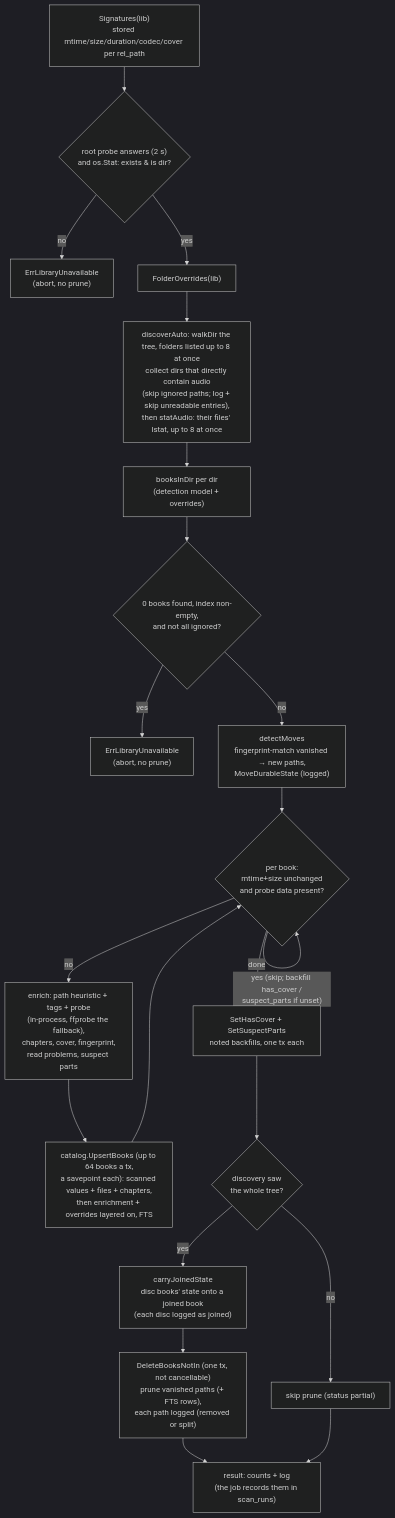
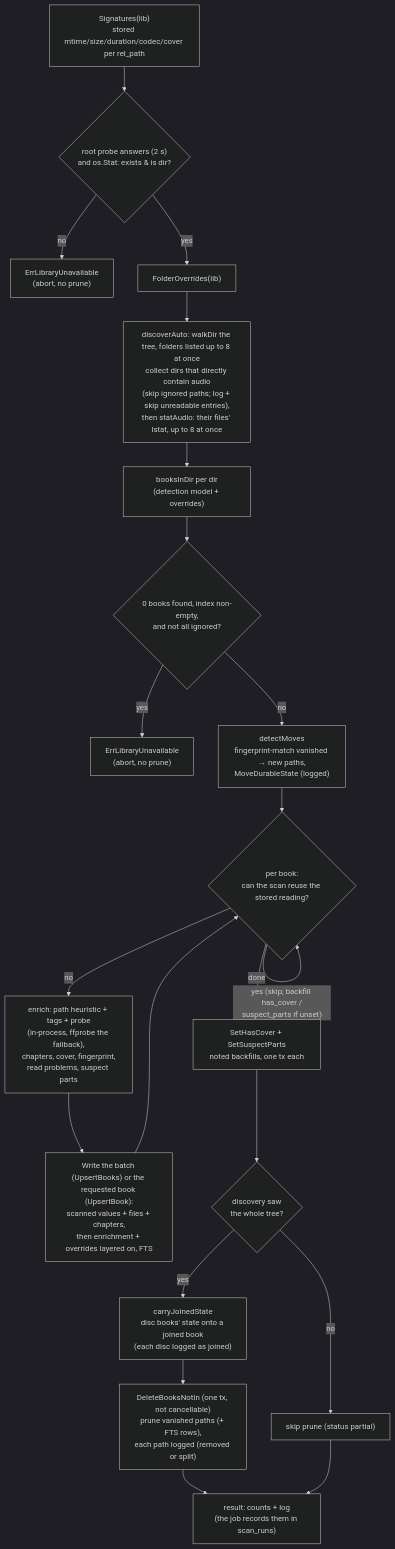
The diagram in docs-developers/server/scanner.md (KodeStar/audiosilo-docs), drawn with Mermaid (dark theme) before and after one commit. The commit also changed other lines of this file and 7 other files, not shown here.

````diff
--- a/docs-developers/server/scanner.md
+++ b/docs-developers/server/scanner.md
@@ -408,23 +416,23 @@
 ```mermaid
 flowchart TD
     A["Signatures(lib)<br/>stored mtime/size/duration/codec/cover per rel_path"] --> B{"root probe answers (2 s)<br/>and os.Stat: exists & is dir?"}
     B -- no --> U1["ErrLibraryUnavailable<br/>(abort, no prune)"]
     B -- yes --> C["FolderOverrides(lib)"]
     C --> D["discoverAuto: walkDir the tree, folders listed up to 8 at once<br/>collect dirs that directly contain audio<br/>(skip ignored paths; log + skip unreadable entries),<br/>then statAudio: their files' lstat, up to 8 at once"]
     D --> E["booksInDir per dir<br/>(detection model + overrides)"]
     E --> F{"0 books found, index non-empty,<br/>and not all ignored?"}
     F -- yes --> U2["ErrLibraryUnavailable<br/>(abort, no prune)"]
     F -- no --> G["detectMoves<br/>fingerprint-match vanished → new paths,<br/>MoveDurableState (logged)"]
-    G --> H{"per book:<br/>mtime+size unchanged<br/>and probe data present?"}
+    G --> H{"per book:<br/>can the scan reuse the stored reading?"}
     H -- "yes (skip; backfill has_cover /<br/>suspect_parts if unset)" --> H
     H -- no --> I["enrich: path heuristic + tags + probe<br/>(in-process, ffprobe the fallback),<br/>chapters, cover, fingerprint,<br/>read problems, suspect parts"]
-    I --> J["catalog.UpsertBooks (up to 64 books a tx,<br/>a savepoint each): scanned values + files + chapters,<br/>then enrichment + overrides layered on, FTS"]
+    I --> J["Write the batch (UpsertBooks) or the requested book (UpsertBook):<br/>scanned values + files + chapters,<br/>then enrichment + overrides layered on, FTS"]
     J --> H
     H -- done --> HC["SetHasCover + SetSuspectParts<br/>noted backfills, one tx each"]
     HC --> P{"discovery saw<br/>the whole tree?"}
     P -- no --> PP["skip prune (status partial)"]
     P -- yes --> JC["carryJoinedState<br/>disc books' state onto a joined book<br/>(each disc logged as joined)"]
     JC --> K["DeleteBooksNotIn (one tx, not cancellable)<br/>prune vanished paths (+ FTS rows),<br/>each path logged (removed or split)"]
     K --> M["result: counts + log<br/>(the job records them in scan_runs)"]
     PP --> M
 ```
````
